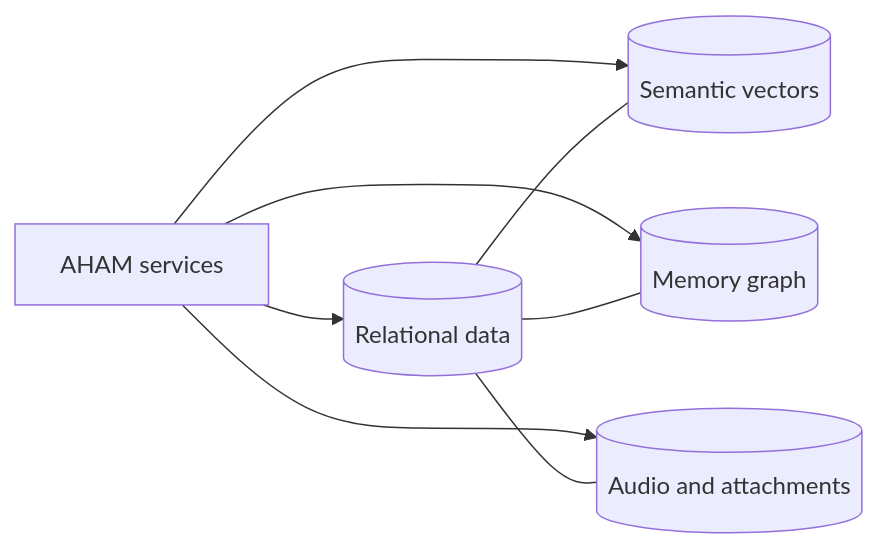
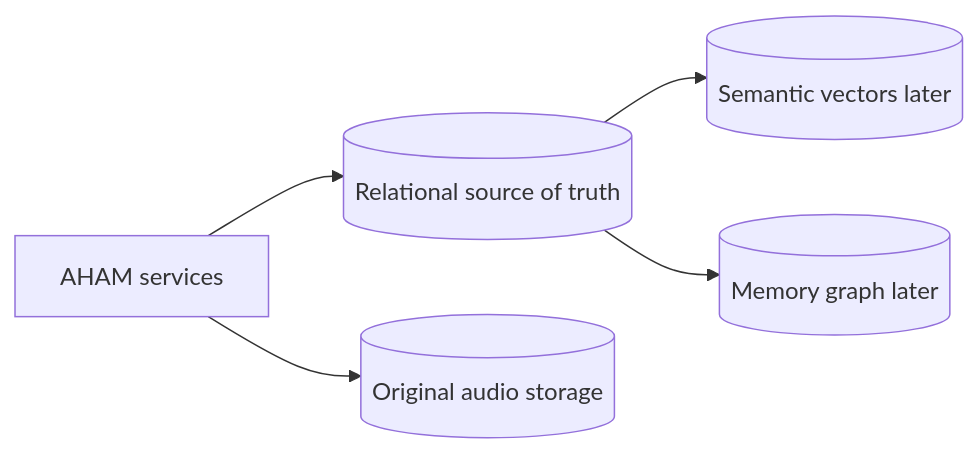
Before and after one commit to adityavarmachandika/aham-docs: the first of 2 diagrams in canvas/database/overview.md, drawn with Mermaid. The commit also changed other lines of this file and 17 other files, not shown here.

````diff
--- a/canvas/database/overview.md
+++ b/canvas/database/overview.md
@@ -5,11 +5,7 @@
 ```mermaid
 flowchart LR
-    APP[AHAM services] --> SQL[(Relational data)]
-    APP --> VEC[(Semantic vectors)]
-    APP --> KG[(Memory graph)]
-    APP --> OBJ[(Audio and attachments)]
-
-    SQL --- VEC
-    SQL --- KG
-    SQL --- OBJ
+    APP[AHAM services] --> SQL[(Relational source of truth)]
+    APP --> OBJ[(Original audio storage)]
+    SQL --> VEC[(Semantic vectors later)]
+    SQL --> KG[(Memory graph later)]
 ```
````
